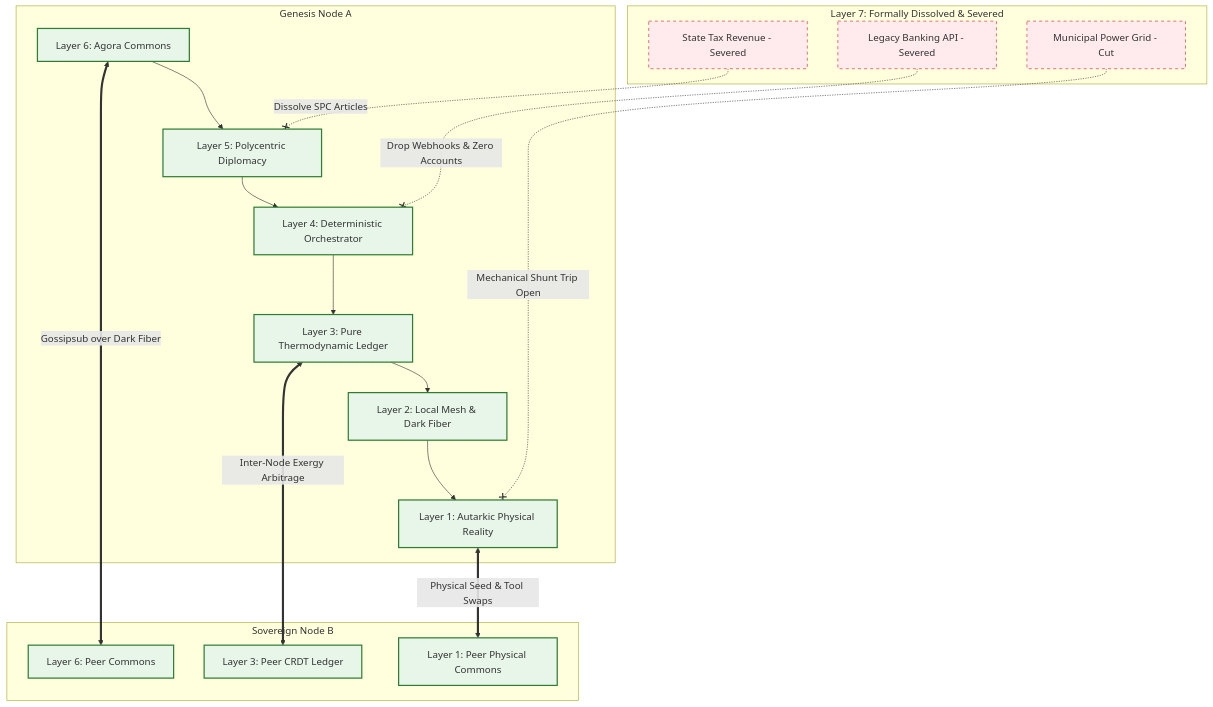
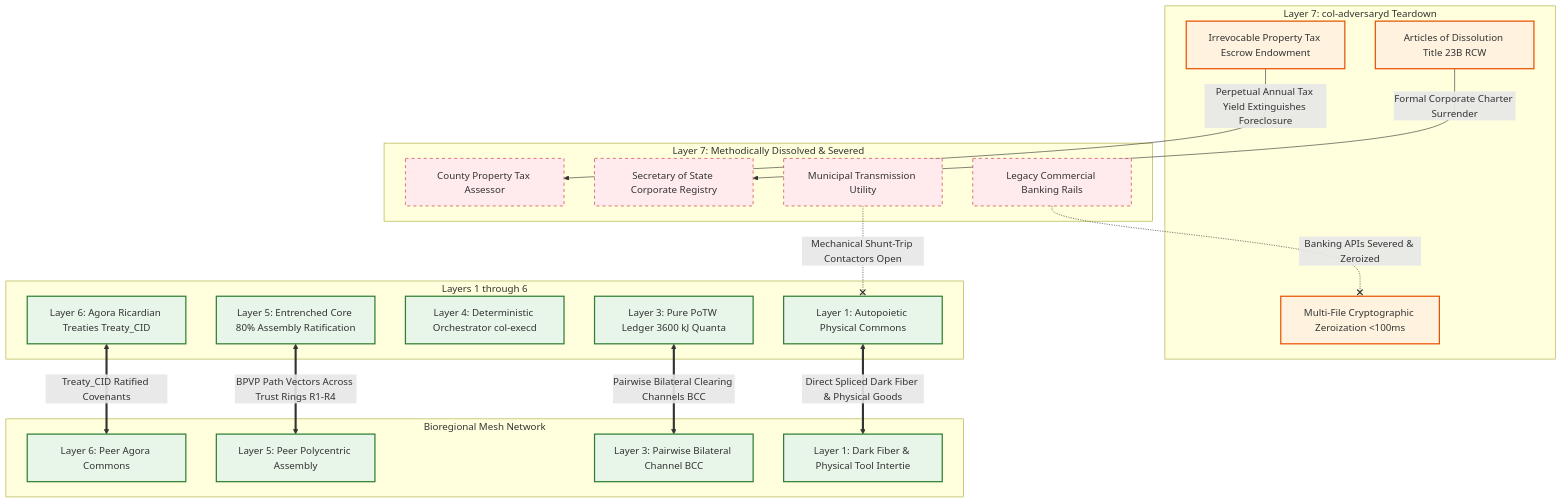
Before and after one commit to raffaine/collective: the third of 3 diagrams in docs/scenarios/omega_decoupling.md, drawn with Mermaid. The commit also changed other lines of this file and 23 other files, not shown here.

Commit message:
docs: Rewrite all 24 scenarios to comply with Chapters 2-8 of Sovereign Stack manual

````diff
--- a/docs/scenarios/omega_decoupling.md
+++ b/docs/scenarios/omega_decoupling.md
@@ -153,45 +166,49 @@
 ```mermaid
 graph TD
-    subgraph Legacy State [Layer 7: Formally Dissolved & Severed]
-        Bank[Legacy Banking API - Severed]
-        Tax[State Tax Revenue - Severed]
-        Grid[Municipal Power Grid - Cut]
+    subgraph Legacy Jurisdictions [Layer 7: Methodically Dissolved & Severed]
+        CountyAssessor[County Property Tax Assessor]
+        SecretaryOfState[Secretary of State Corporate Registry]
+        CommercialBanks[Legacy Commercial Banking Rails]
+        MunicipalGrid[Municipal Transmission Utility]
     end
 
-    subgraph The Sovereign Collective [Genesis Node A]
-        L6_A[Layer 6: Agora Commons]
-        L5_A[Layer 5: Polycentric Diplomacy]
-        L4_A[Layer 4: Deterministic Orchestrator]
-        L3_A[Layer 3: Pure Thermodynamic Ledger]
-        L2_A[Layer 2: Local Mesh & Dark Fiber]
-        L1_A[Layer 1: Autarkic Physical Reality]
+    subgraph Protective Carapace Sunset [Layer 7: col-adversaryd Teardown]
+        TaxEndowment[Irrevocable Property Tax Escrow Endowment]
+        ArticlesDissolution[Articles of Dissolution Title 23B RCW]
+        ZeroizeWipe[Multi-File Cryptographic Zeroization <100ms]
     end
 
-    subgraph Federated Node Network [Sovereign Node B]
-        L6_B[Layer 6: Peer Commons]
-        L3_B[Layer 3: Peer CRDT Ledger]
-        L1_B[Layer 1: Peer Physical Commons]
+    subgraph Internal Sovereign Node A [Layers 1 through 6]
+        L6_Agora[Layer 6: Agora Ricardian Treaties Treaty_CID]
+        L5_Gov[Layer 5: Entrenched Core 80% Assembly Ratification]
+        L4_Exec[Layer 4: Deterministic Orchestrator col-execd]
+        L3_Ledger[Layer 3: Pure PoTW Ledger 3600 kJ Quanta]
+        L1_Phys[Layer 1: Autopoietic Physical Commons]
     end
 
-    %% The Severing
-    Bank -.-x|Drop Webhooks & Zero Accounts| L4_A
-    Tax -.-x|Dissolve SPC Articles| L5_A
-    Grid -.-x|Mechanical Shunt Trip Open| L1_A
+    subgraph Federated Sister Node B [Bioregional Mesh Network]
+        L6_Peer[Layer 6: Peer Agora Commons]
+        L5_Peer[Layer 5: Peer Polycentric Assembly]
+        L3_Peer[Layer 3: Pairwise Bilateral Channel BCC]
+        L1_Peer[Layer 1: Dark Fiber & Physical Tool Intertie]
+    end
 
-    %% Internal Stack Flow
-    L6_A --> L5_A
-    L5_A --> L4_A
-    L4_A --> L3_A
-    L3_A --> L2_A
-    L2_A --> L1_A
+    %% Dissolution Actions
+    TaxEndowment -->|Perpetual Annual Tax Yield Extinguishes Foreclosure| CountyAssessor
+    ArticlesDissolution -->|Formal Corporate Charter Surrender| SecretaryOfState
+    CommercialBanks -.-x|Banking APIs Severed & Zeroized| ZeroizeWipe
+    MunicipalGrid -.-x|Mechanical Shunt-Trip Contactors Open| L1_Phys
 
-    %% Pure Peer-to-Peer Federation
-    L6_A <==>|Gossipsub over Dark Fiber| L6_B
-    L3_A <==>|Inter-Node Exergy Arbitrage| L3_B
-    L1_A <==>|Physical Seed & Tool Swaps| L1_B
+    %% Pure Peer-to-Peer Bioregional Federation
+    L6_Agora <==>|Treaty_CID Ratified Covenants| L6_Peer
+    L5_Gov <==>|BPVP Path Vectors Across Trust Rings R1-R4| L5_Peer
+    L3_Ledger <==>|Pairwise Bilateral Clearing Channels BCC| L3_Peer
+    L1_Phys <==>|Direct Spliced Dark Fiber & Physical Goods| L1_Peer
 
     classDef severed fill:#ffebee,stroke:#c62828,stroke-dasharray: 5 5;
+    classDef carapace fill:#fff3e0,stroke:#e65100,stroke-width:2px;
     classDef sovereign fill:#e8f5e9,stroke:#2e7d32,stroke-width:2px;
-    class Bank,Tax,Grid severed;
-    class L6_A,L5_A,L4_A,L3_A,L2_A,L1_A,L6_B,L3_B,L1_B sovereign;
+    class CountyAssessor,SecretaryOfState,CommercialBanks,MunicipalGrid severed;
+    class TaxEndowment,ArticlesDissolution,ZeroizeWipe carapace;
+    class L6_Agora,L5_Gov,L4_Exec,L3_Ledger,L1_Phys,L6_Peer,L5_Peer,L3_Peer,L1_Peer sovereign;
 ```
````
